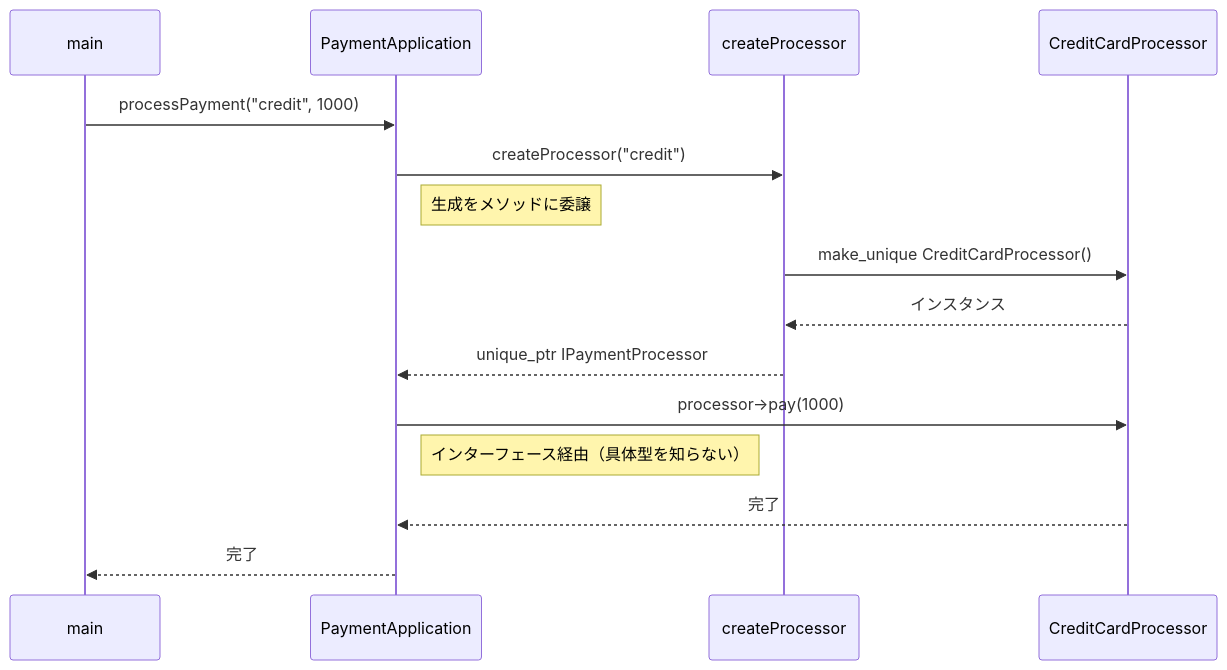
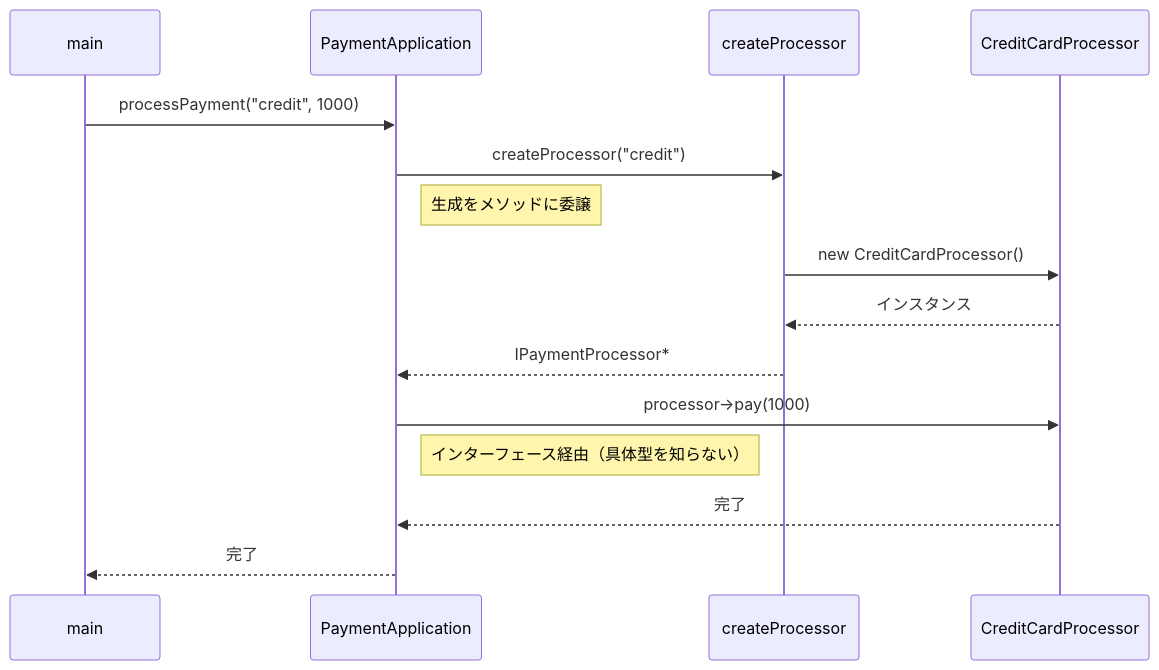
The third of 5 diagrams in kindle/design-patterns/output/chapter08.md (kumachan1101-pixel/DesignPattern), drawn with Mermaid before and after one commit. The commit also changed other lines of this file and 7 other files, not shown here.

````diff
--- a/kindle/design-patterns/output/chapter08.md
+++ b/kindle/design-patterns/output/chapter08.md
@@ -820,18 +806,18 @@
 ```mermaid
 sequenceDiagram
     participant main
     participant PA as PaymentApplication
     participant CP as createProcessor
     participant CC as CreditCardProcessor
 
     main->>PA: processPayment("credit", 1000)
     PA->>CP: createProcessor("credit")
     Note right of PA: 生成をメソッドに委譲
-    CP->>CC: make_unique CreditCardProcessor()
+    CP->>CC: new CreditCardProcessor()
     CC-->>CP: インスタンス
-    CP-->>PA: unique_ptr IPaymentProcessor
+    CP-->>PA: IPaymentProcessor*
     PA->>CC: processor->pay(1000)
     Note right of PA: インターフェース経由（具体型を知らない）
     CC-->>PA: 完了
     PA-->>main: 完了
 ```
````
